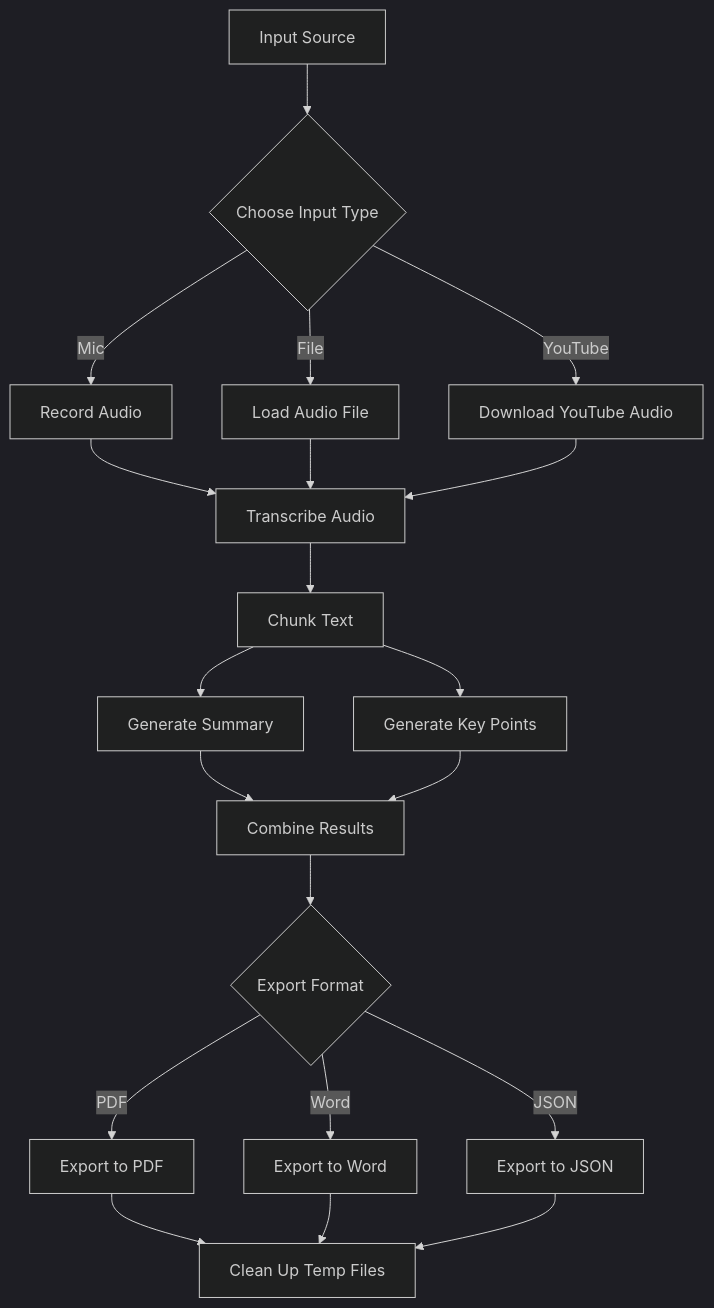
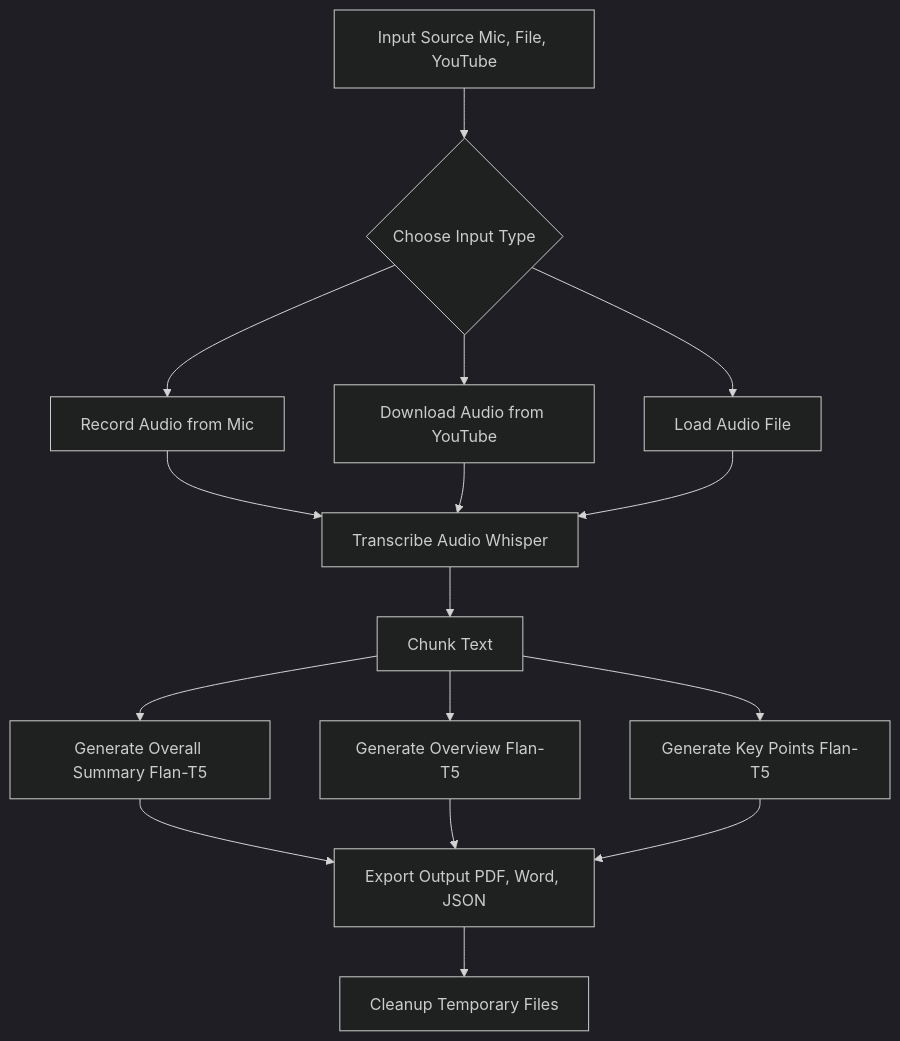
Before and after one commit to test-company-prowiz/Note-Summerizer: the diagram in docs/lecture4.py.md, drawn with Mermaid (dark theme). The commit also changed other lines of this file, not shown here.

````diff
--- a/docs/lecture4.py.md
+++ b/docs/lecture4.py.md
@@ -58,22 +65,22 @@
 ```mermaid
 graph TD
-A[Input Source] --> B{Choose Input Type}
-B -- Mic --> C[Record Audio]
-B -- File --> D[Load Audio File]
-B -- YouTube --> E[Download YouTube Audio]
-C --> F[Transcribe Audio]
-D --> F
-E --> F
-F[Transcribe Audio] --> G[Chunk Text]
-G --> H[Generate Summary]
-G --> I[Generate Key Points]
-H --> J[Combine Results]
-I --> J
-J --> K{Export Format}
-K -- PDF --> L[Export to PDF]
-K -- Word --> M[Export to Word]
-K -- JSON --> N[Export to JSON]
-L --> O[Clean Up Temp Files]
-M --> O
-N --> O
+InputSource[Input Source Mic, File, YouTube] --> ChooseInputType{Choose Input Type}
+ChooseInputType --> MicRecord[Record Audio from Mic]
+ChooseInputType --> YouTubeDownload[Download Audio from YouTube]
+ChooseInputType --> FileLoad[Load Audio File]
+
+MicRecord --> TranscribeAudio[Transcribe Audio Whisper]
+YouTubeDownload --> TranscribeAudio
+FileLoad --> TranscribeAudio
+
+TranscribeAudio --> ChunkText[Chunk Text]
+ChunkText --> GenerateSummary[Generate Overall Summary Flan-T5]
+ChunkText --> GenerateOverview[Generate Overview Flan-T5]
+ChunkText --> GenerateKeyPoints[Generate Key Points Flan-T5]
+
+GenerateSummary --> ExportOutput[Export Output PDF, Word, JSON]
+GenerateOverview --> ExportOutput
+GenerateKeyPoints --> ExportOutput
+
+ExportOutput --> CleanupTempFiles[Cleanup Temporary Files]
 ```
````
